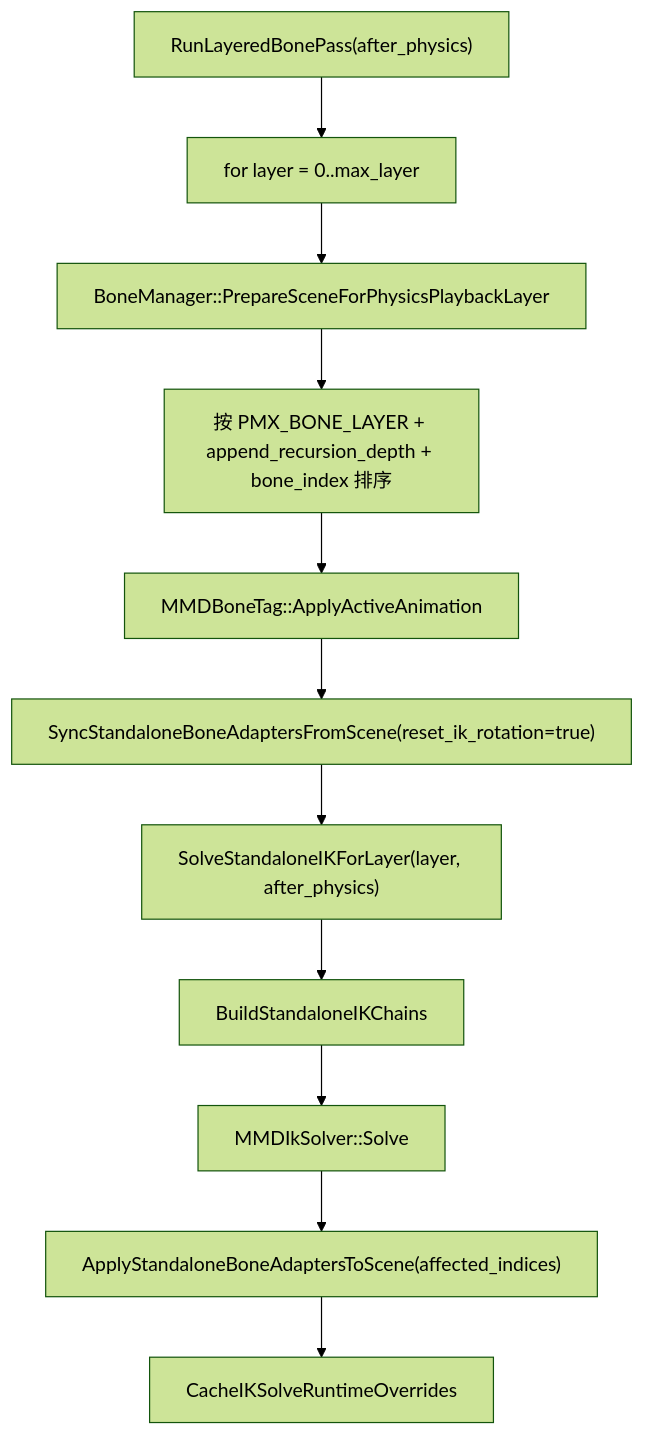
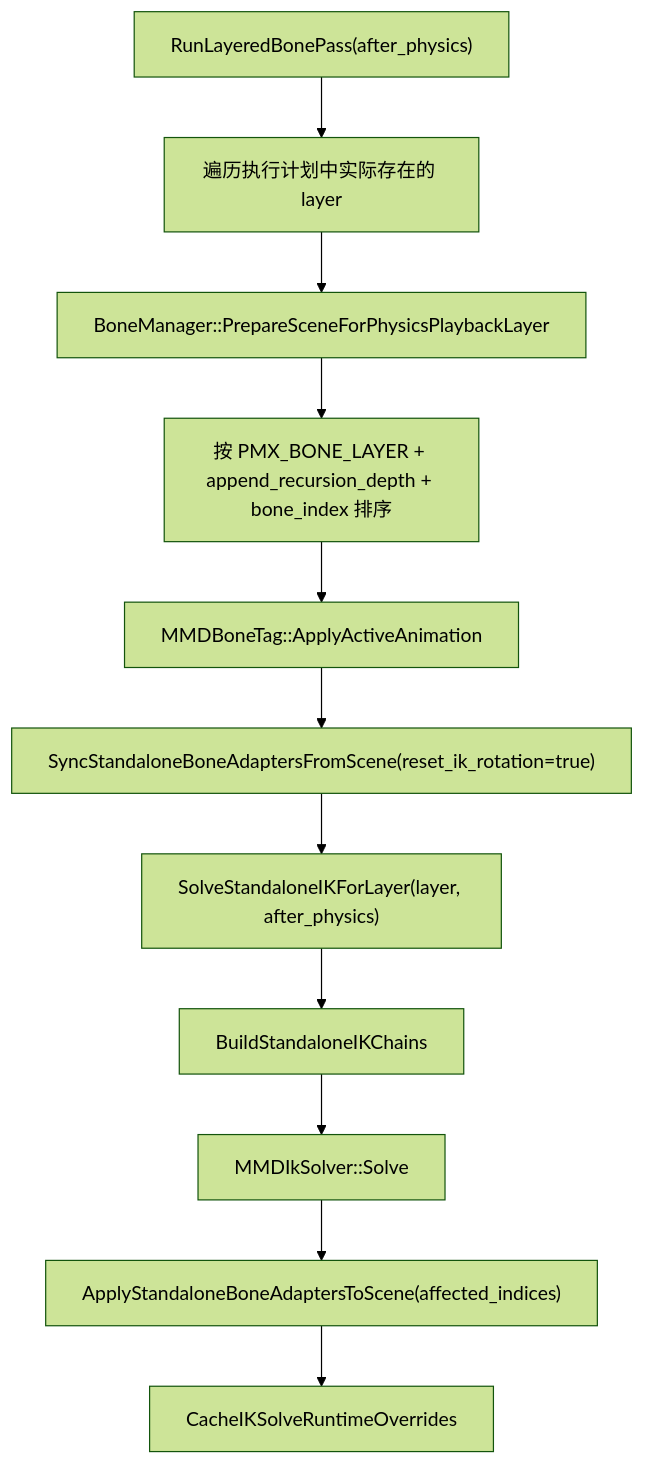
The fourth of 5 diagrams in docs/dev/runtime-flow.md (AiMiDi/C4D_MMD_Tool), drawn with Mermaid (forest theme) before and after one commit. The commit also changed other lines of this file and 25 other files, not shown here.

````diff
--- a/docs/dev/runtime-flow.md
+++ b/docs/dev/runtime-flow.md
@@ -133,13 +146,13 @@
 ```mermaid
 flowchart TD
-    A["RunLayeredBonePass(after_physics)"] --> B["for layer = 0..max_layer"]
+    A["RunLayeredBonePass(after_physics)"] --> B["遍历执行计划中实际存在的 layer"]
     B --> C["BoneManager::PrepareSceneForPhysicsPlaybackLayer"]
     C --> D["按 PMX_BONE_LAYER + append_recursion_depth + bone_index 排序"]
     D --> E["MMDBoneTag::ApplyActiveAnimation"]
     E --> F["SyncStandaloneBoneAdaptersFromScene(reset_ik_rotation=true)"]
     F --> G["SolveStandaloneIKForLayer(layer, after_physics)"]
     G --> H["BuildStandaloneIKChains"]
     H --> I["MMDIkSolver::Solve"]
     I --> J["ApplyStandaloneBoneAdaptersToScene(affected_indices)"]
     J --> K["CacheIKSolveRuntimeOverrides"]
 ```
````
